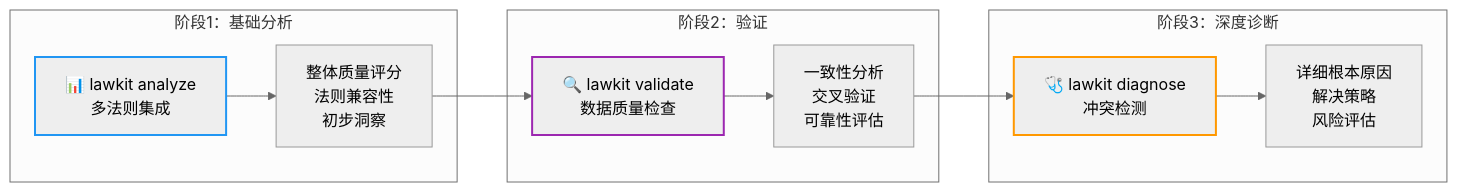
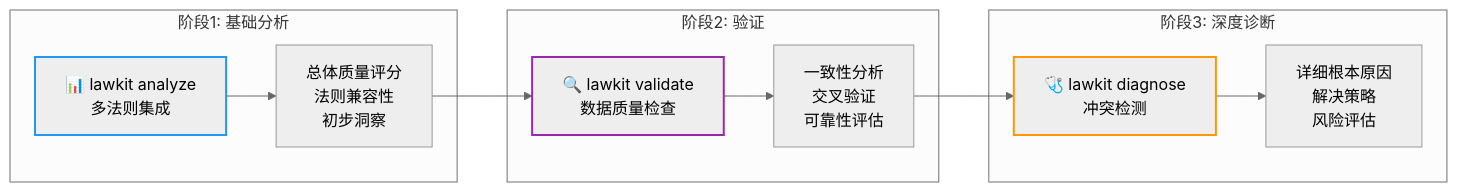
One commit to kako-jun/lawkit changed the second of 3 diagrams in README_zh.md. Above: the diagram before and after it, drawn with Mermaid (neutral theme). The commit also changed other lines of this file and 39 other files, not shown here.

First line of the commit message:
update: Matrix 1 translation progress - completed architecture files

````diff
--- a/README_zh.md
+++ b/README_zh.md
@@ -199,20 +137,20 @@
 ```mermaid
 graph LR
-    subgraph "阶段1：基础分析"
-        A[📊 lawkit analyze<br/>多法则集成] --> A1[整体质量评分<br/>法则兼容性<br/>初步洞察]
+    subgraph "阶段1: 基础分析"
+        A[📊 lawkit analyze<br/>多法则集成] --> A1[总体质量评分<br/>法则兼容性<br/>初步洞察]
     end
     
-    subgraph "阶段2：验证"
+    subgraph "阶段2: 验证"
         A1 --> B[🔍 lawkit validate<br/>数据质量检查] 
         B --> B1[一致性分析<br/>交叉验证<br/>可靠性评估]
     end
     
-    subgraph "阶段3：深度诊断"
+    subgraph "阶段3: 深度诊断"
         B1 --> C[🩺 lawkit diagnose<br/>冲突检测]
         C --> C1[详细根本原因<br/>解决策略<br/>风险评估]
     end
     
     style A stroke:#2196f3,stroke-width:2px
     style B stroke:#9c27b0,stroke-width:2px
     style C stroke:#ff9800,stroke-width:2px
 ```
````
